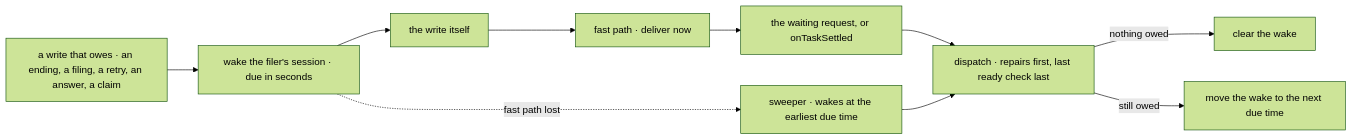
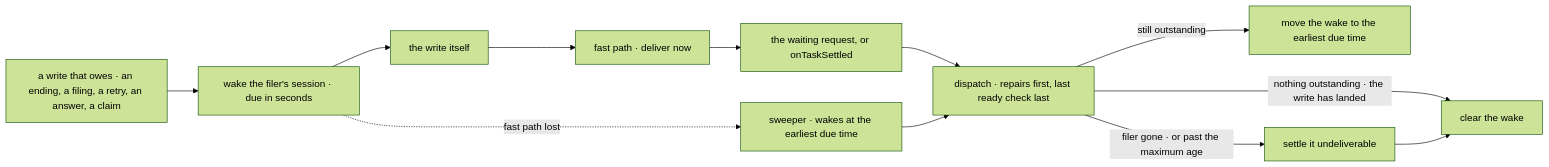
The second of 2 diagrams in specs/issues/FIX-2078/SPEC.md (fixpoint-labs/flow-state-dev), drawn with Mermaid (forest theme) before and after one commit. The commit also changed other lines of this file and 1 other file, not shown here.

First line of the commit message:
spec(FIX-2078): round 1 - fence the wake, end unpayable debts, one due-time source

````diff
--- a/specs/issues/FIX-2078/SPEC.md
+++ b/specs/issues/FIX-2078/SPEC.md
@@ -94,12 +101,14 @@
 ```mermaid
 flowchart LR
   W["a write that owes · an ending, a filing, a retry, an answer, a claim"] --> K["wake the filer's session · due in seconds"]
   K --> E["the write itself"]
   E --> F["fast path · deliver now"]
   F --> S["the waiting request, or onTaskSettled"]
   S --> D["dispatch · repairs first, last ready check last"]
-  D -->|"nothing owed"| X["clear the wake"]
-  D -->|"still owed"| M["move the wake to the next due time"]
+  D -->|"nothing outstanding · the write has landed"| X["clear the wake"]
+  D -->|"still outstanding"| M["move the wake to the earliest due time"]
+  D -->|"filer gone · or past the maximum age"| U["settle it undeliverable"]
+  U --> X
   K -.->|"fast path lost"| SW["sweeper · wakes at the earliest due time"]
   SW --> D
 ```
````
